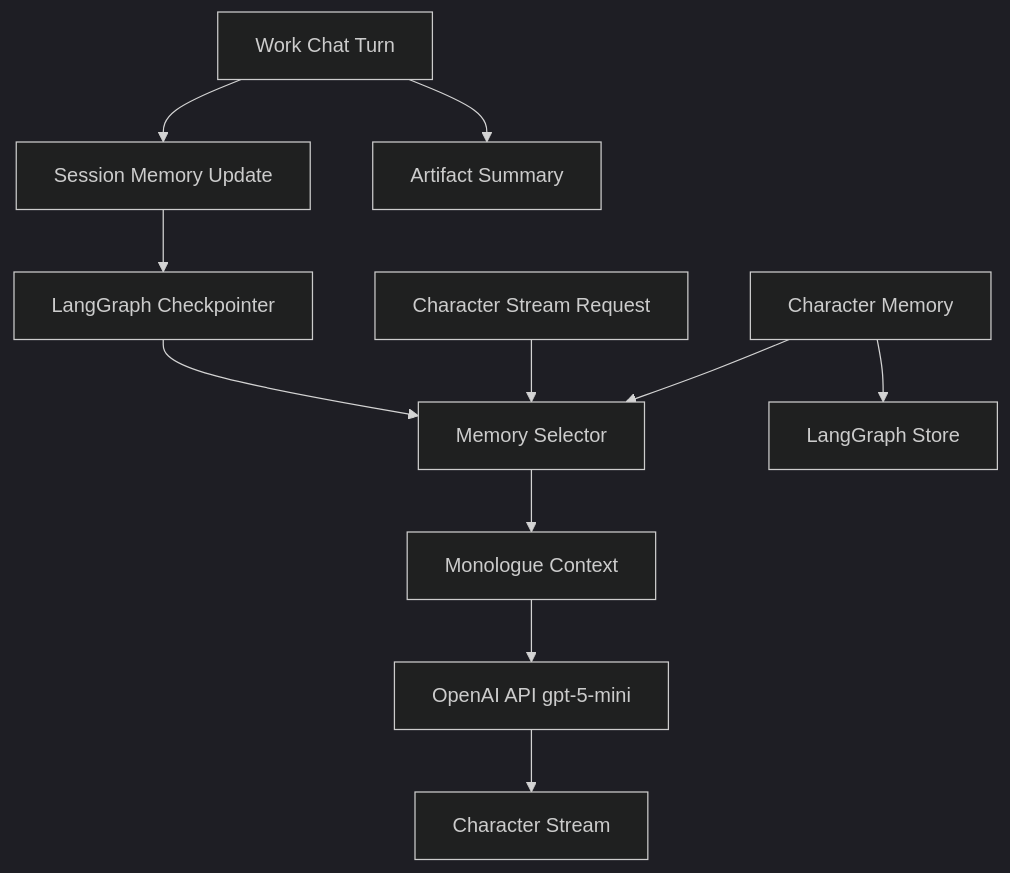
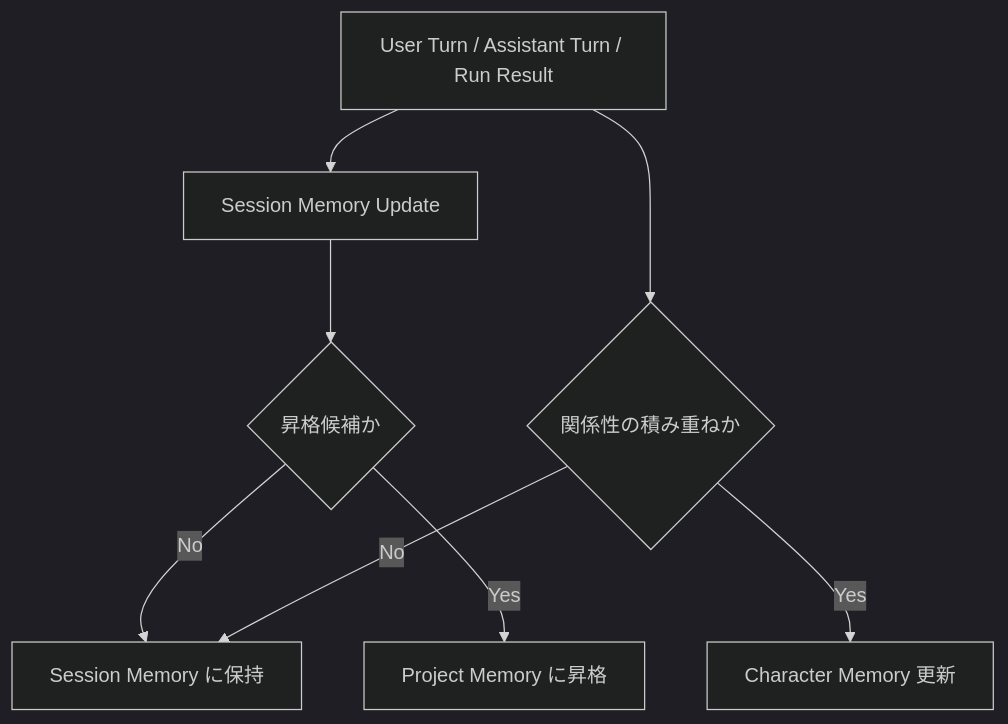
Before and after one commit to natumekazuki/WithMate: the diagram in docs/design/memory-architecture.md, drawn with Mermaid (dark theme). The commit also changed other lines of this file and 25 other files, not shown here.

````diff
--- a/docs/design/memory-architecture.md
+++ b/docs/design/memory-architecture.md
@@ -118,13 +314,10 @@
 ```mermaid
 flowchart TD
-  A[Work Chat Turn] --> B[Session Memory Update]
-  A --> C[Artifact Summary]
-  B --> D[LangGraph Checkpointer]
-  E[Character Stream Request] --> F[Memory Selector]
-  G[Character Memory] --> F
-  D --> F
-  F --> H[Monologue Context]
-  H --> I[OpenAI API gpt-5-mini]
-  I --> J[Character Stream]
-  G --> K[LangGraph Store]
+  A[User Turn / Assistant Turn / Run Result] --> B[Session Memory Update]
+  B --> C{昇格候補か}
+  C -- No --> D[Session Memory に保持]
+  C -- Yes --> E[Project Memory に昇格]
+  A --> F{関係性の積み重ねか}
+  F -- Yes --> G[Character Memory 更新]
+  F -- No --> D
 ```
````
